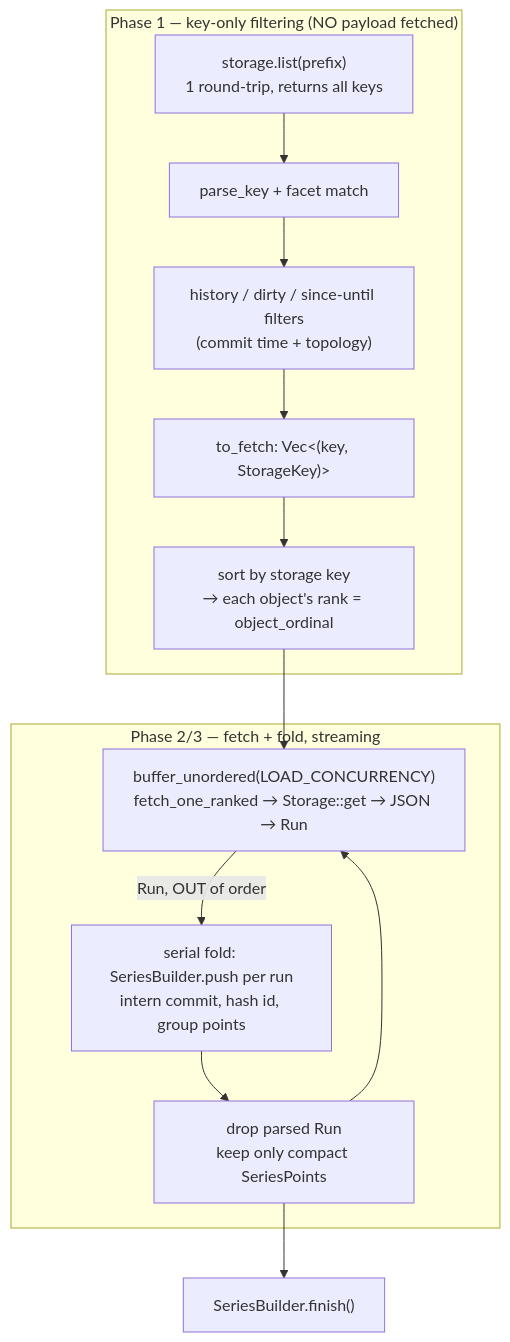
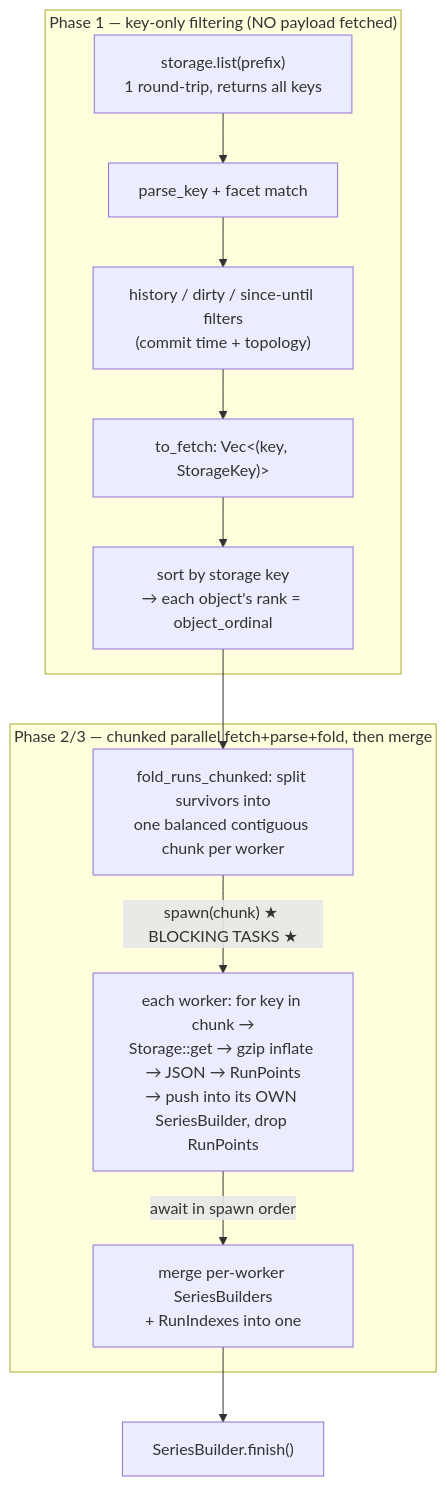
The second of 4 diagrams in packages/cargo-bench-history/docs/analyze.md (folo-rs/folo), drawn with Mermaid before and after one commit. The commit also changed other lines of this file and 18 other files, not shown here.

````diff
--- a/packages/cargo-bench-history/docs/analyze.md
+++ b/packages/cargo-bench-history/docs/analyze.md
@@ -65,16 +66,15 @@
 ```mermaid
 flowchart TD
   subgraph P1["Phase 1 — key-only filtering (NO payload fetched)"]
     L["storage.list(prefix)\n1 round-trip, returns all keys"] --> KF["parse_key + facet match"]
     KF --> WF["history / dirty / since-until filters\n(commit time + topology)"]
     WF --> TF["to_fetch: Vec<(key, StorageKey)>"]
     TF --> SK["sort by storage key\n→ each object's rank = object_ordinal"]
   end
-  SK --> LOOP
-  subgraph P23["Phase 2/3 — fetch + fold, streaming"]
-    LOOP["buffer_unordered(LOAD_CONCURRENCY)\nfetch_one_ranked → Storage::get → JSON → Run"] -->|"Run, OUT of order"| FOLD["serial fold: SeriesBuilder.push per run\nintern commit, hash id, group points"]
-    FOLD --> DROP["drop parsed Run\nkeep only compact SeriesPoints"]
-    DROP --> LOOP
+  SK --> LOAD
+  subgraph P23["Phase 2/3 — chunked parallel fetch+parse+fold, then merge"]
+    LOAD["fold_runs_chunked: split survivors into\none balanced contiguous chunk per worker"] -->|"spawn(chunk) ★ BLOCKING TASKS ★"| WORK["each worker: for key in chunk →\nStorage::get → gzip inflate → JSON → RunPoints\n→ push into its OWN SeriesBuilder, drop RunPoints"]
+    WORK -->|"await in spawn order"| MERGE["merge per-worker SeriesBuilders\n+ RunIndexes into one"]
   end
-  DROP --> FIN["SeriesBuilder.finish()"]
+  MERGE --> FIN["SeriesBuilder.finish()"]
 ```
````
